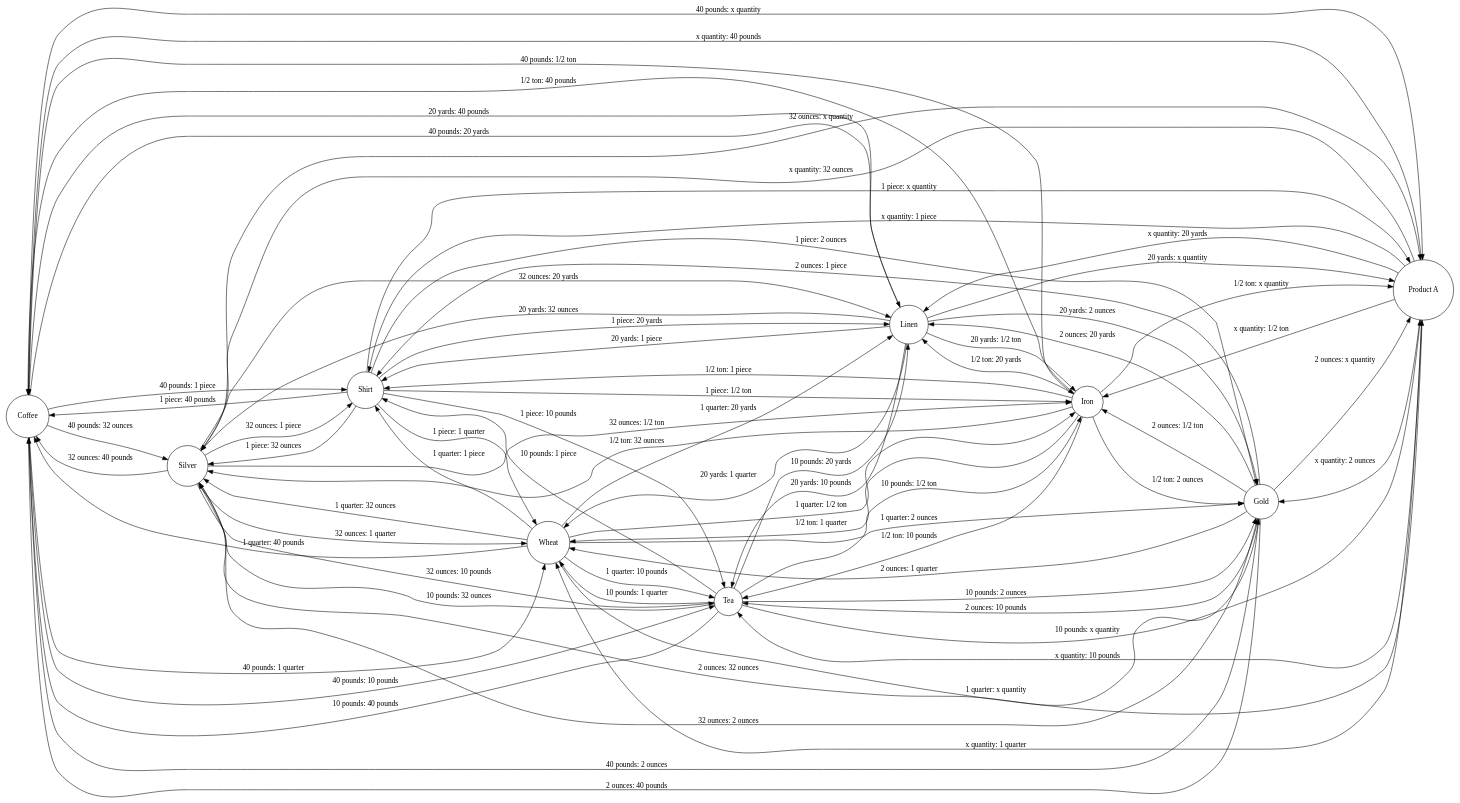
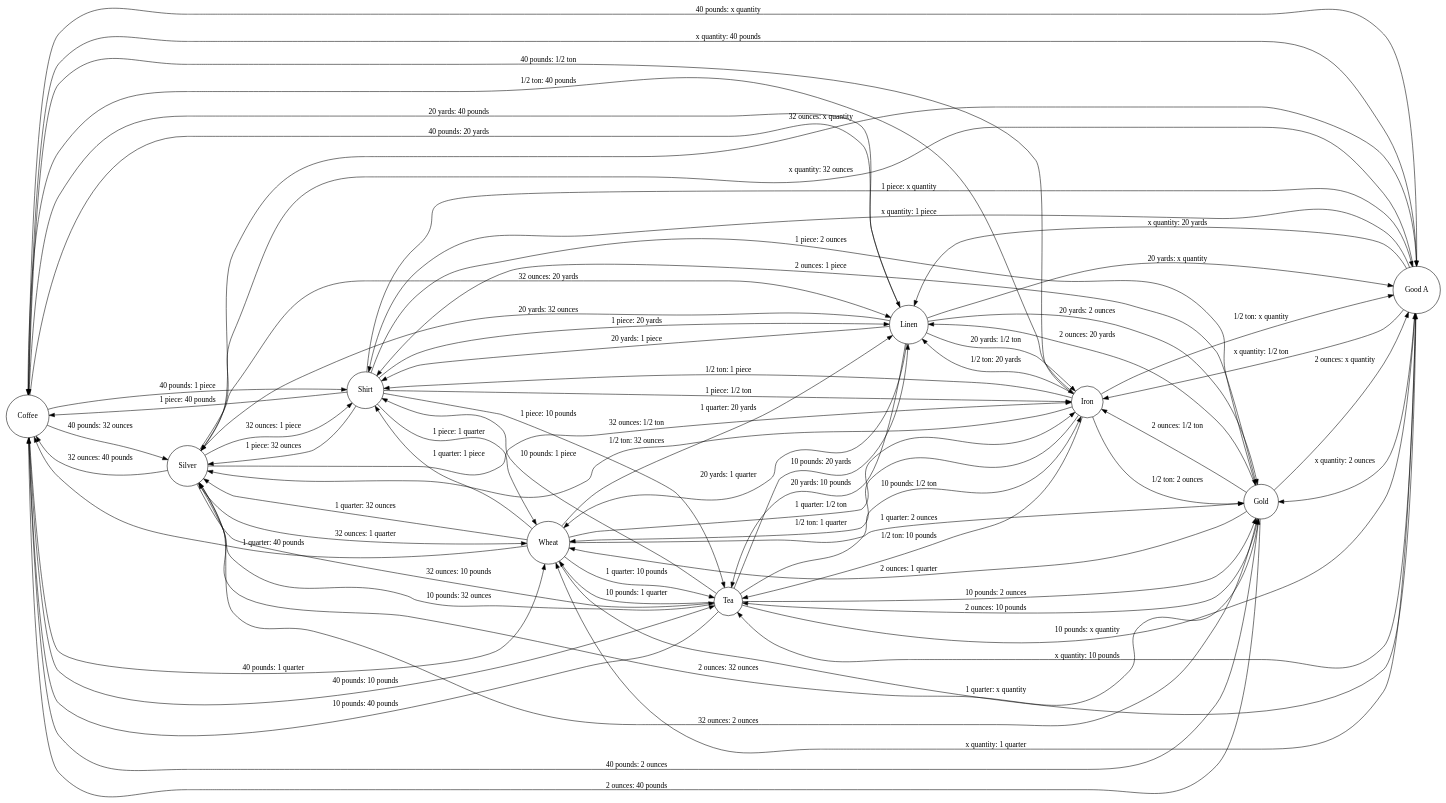
The diagram in 资本的生产过程/价值形式理论/价值形式/datas_graphs_generated/moneys_complete.dot (Wangsutan/Kapital), drawn with Graphviz before and after one commit. The commit also changed 360 other files, not shown here.

```diff
--- a/资本的生产过程/价值形式理论/价值形式/datas_graphs_generated/moneys_complete.dot
+++ b/资本的生产过程/价值形式理论/价值形式/datas_graphs_generated/moneys_complete.dot
@@ -1,76 +1,76 @@
 digraph 价值形式理论 {
     rankdir=LR;
     node [shape=circle];
     "Coffee" -> "Silver" [label="40 pounds: 32 ounces"];
-    "Coffee" -> "Product A" [label="40 pounds: x quantity"];
+    "Coffee" -> "Good A" [label="40 pounds: x quantity"];
     "Coffee" -> "Gold" [label="40 pounds: 2 ounces"];
     "Coffee" -> "Iron" [label="40 pounds: 1/2 ton"];
     "Coffee" -> "Linen" [label="40 pounds: 20 yards"];
     "Coffee" -> "Tea" [label="40 pounds: 10 pounds"];
     "Coffee" -> "Wheat" [label="40 pounds: 1 quarter"];
     "Coffee" -> "Shirt" [label="40 pounds: 1 piece"];
     "Gold" -> "Silver" [label="2 ounces: 32 ounces"];
-    "Gold" -> "Product A" [label="2 ounces: x quantity"];
+    "Gold" -> "Good A" [label="2 ounces: x quantity"];
     "Gold" -> "Iron" [label="2 ounces: 1/2 ton"];
     "Gold" -> "Linen" [label="2 ounces: 20 yards"];
     "Gold" -> "Tea" [label="2 ounces: 10 pounds"];
     "Gold" -> "Coffee" [label="2 ounces: 40 pounds"];
     "Gold" -> "Wheat" [label="2 ounces: 1 quarter"];
     "Gold" -> "Shirt" [label="2 ounces: 1 piece"];
+    "Good A" -> "Silver" [label="x quantity: 32 ounces"];
+    "Good A" -> "Gold" [label="x quantity: 2 ounces"];
+    "Good A" -> "Iron" [label="x quantity: 1/2 ton"];
+    "Good A" -> "Linen" [label="x quantity: 20 yards"];
+    "Good A" -> "Tea" [label="x quantity: 10 pounds"];
+    "Good A" -> "Coffee" [label="x quantity: 40 pounds"];
+    "Good A" -> "Wheat" [label="x quantity: 1 quarter"];
+    "Good A" -> "Shirt" [label="x quantity: 1 piece"];
     "Iron" -> "Silver" [label="1/2 ton: 32 ounces"];
-    "Iron" -> "Product A" [label="1/2 ton: x quantity"];
+    "Iron" -> "Good A" [label="1/2 ton: x quantity"];
     "Iron" -> "Gold" [label="1/2 ton: 2 ounces"];
     "Iron" -> "Linen" [label="1/2 ton: 20 yards"];
     "Iron" -> "Tea" [label="1/2 ton: 10 pounds"];
     "Iron" -> "Coffee" [label="1/2 ton: 40 pounds"];
     "Iron" -> "Wheat" [label="1/2 ton: 1 quarter"];
     "Iron" -> "Shirt" [label="1/2 ton: 1 piece"];
     "Linen" -> "Silver" [label="20 yards: 32 ounces"];
-    "Linen" -> "Product A" [label="20 yards: x quantity"];
+    "Linen" -> "Good A" [label="20 yards: x quantity"];
     "Linen" -> "Gold" [label="20 yards: 2 ounces"];
     "Linen" -> "Iron" [label="20 yards: 1/2 ton"];
     "Linen" -> "Tea" [label="20 yards: 10 pounds"];
     "Linen" -> "Coffee" [label="20 yards: 40 pounds"];
     "Linen" -> "Wheat" [label="20 yards: 1 quarter"];
     "Linen" -> "Shirt" [label="20 yards: 1 piece"];
-    "Product A" -> "Silver" [label="x quantity: 32 ounces"];
-    "Product A" -> "Gold" [label="x quantity: 2 ounces"];
-    "Product A" -> "Iron" [label="x quantity: 1/2 ton"];
-    "Product A" -> "Linen" [label="x quantity: 20 yards"];
-    "Product A" -> "Tea" [label="x quantity: 10 pounds"];
-    "Product A" -> "Coffee" [label="x quantity: 40 pounds"];
-    "Product A" -> "Wheat" [label="x quantity: 1 quarter"];
-    "Product A" -> "Shirt" [label="x quantity: 1 piece"];
     "Shirt" -> "Silver" [label="1 piece: 32 ounces"];
-    "Shirt" -> "Product A" [label="1 piece: x quantity"];
+    "Shirt" -> "Good A" [label="1 piece: x quantity"];
     "Shirt" -> "Gold" [label="1 piece: 2 ounces"];
     "Shirt" -> "Iron" [label="1 piece: 1/2 ton"];
     "Shirt" -> "Linen" [label="1 piece: 20 yards"];
     "Shirt" -> "Tea" [label="1 piece: 10 pounds"];
     "Shirt" -> "Coffee" [label="1 piece: 40 pounds"];
     "Shirt" -> "Wheat" [label="1 piece: 1 quarter"];
-    "Silver" -> "Product A" [label="32 ounces: x quantity"];
+    "Silver" -> "Good A" [label="32 ounces: x quantity"];
     "Silver" -> "Gold" [label="32 ounces: 2 ounces"];
     "Silver" -> "Iron" [label="32 ounces: 1/2 ton"];
     "Silver" -> "Linen" [label="32 ounces: 20 yards"];
     "Silver" -> "Tea" [label="32 ounces: 10 pounds"];
     "Silver" -> "Coffee" [label="32 ounces: 40 pounds"];
     "Silver" -> "Wheat" [label="32 ounces: 1 quarter"];
     "Silver" -> "Shirt" [label="32 ounces: 1 piece"];
     "Tea" -> "Silver" [label="10 pounds: 32 ounces"];
-    "Tea" -> "Product A" [label="10 pounds: x quantity"];
+    "Tea" -> "Good A" [label="10 pounds: x quantity"];
     "Tea" -> "Gold" [label="10 pounds: 2 ounces"];
     "Tea" -> "Iron" [label="10 pounds: 1/2 ton"];
     "Tea" -> "Linen" [label="10 pounds: 20 yards"];
     "Tea" -> "Coffee" [label="10 pounds: 40 pounds"];
     "Tea" -> "Wheat" [label="10 pounds: 1 quarter"];
     "Tea" -> "Shirt" [label="10 pounds: 1 piece"];
     "Wheat" -> "Silver" [label="1 quarter: 32 ounces"];
-    "Wheat" -> "Product A" [label="1 quarter: x quantity"];
+    "Wheat" -> "Good A" [label="1 quarter: x quantity"];
     "Wheat" -> "Gold" [label="1 quarter: 2 ounces"];
     "Wheat" -> "Iron" [label="1 quarter: 1/2 ton"];
     "Wheat" -> "Linen" [label="1 quarter: 20 yards"];
     "Wheat" -> "Tea" [label="1 quarter: 10 pounds"];
     "Wheat" -> "Coffee" [label="1 quarter: 40 pounds"];
     "Wheat" -> "Shirt" [label="1 quarter: 1 piece"];
 }
```
